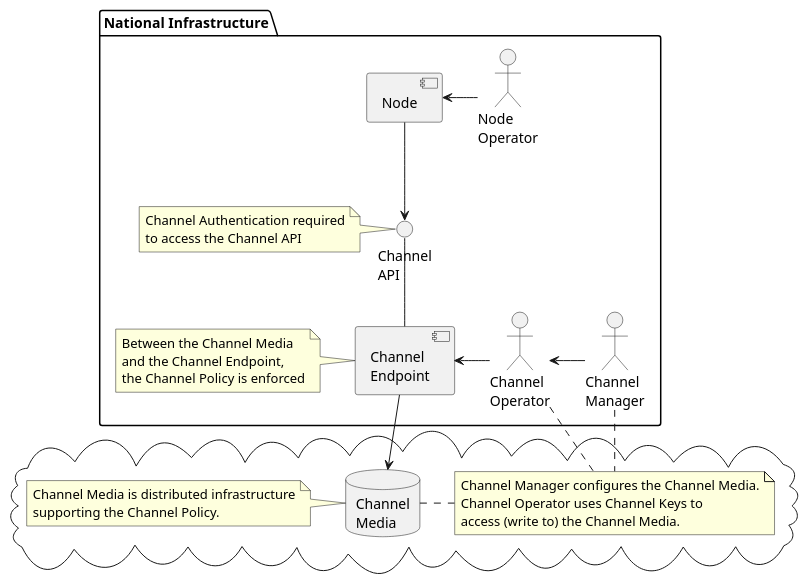
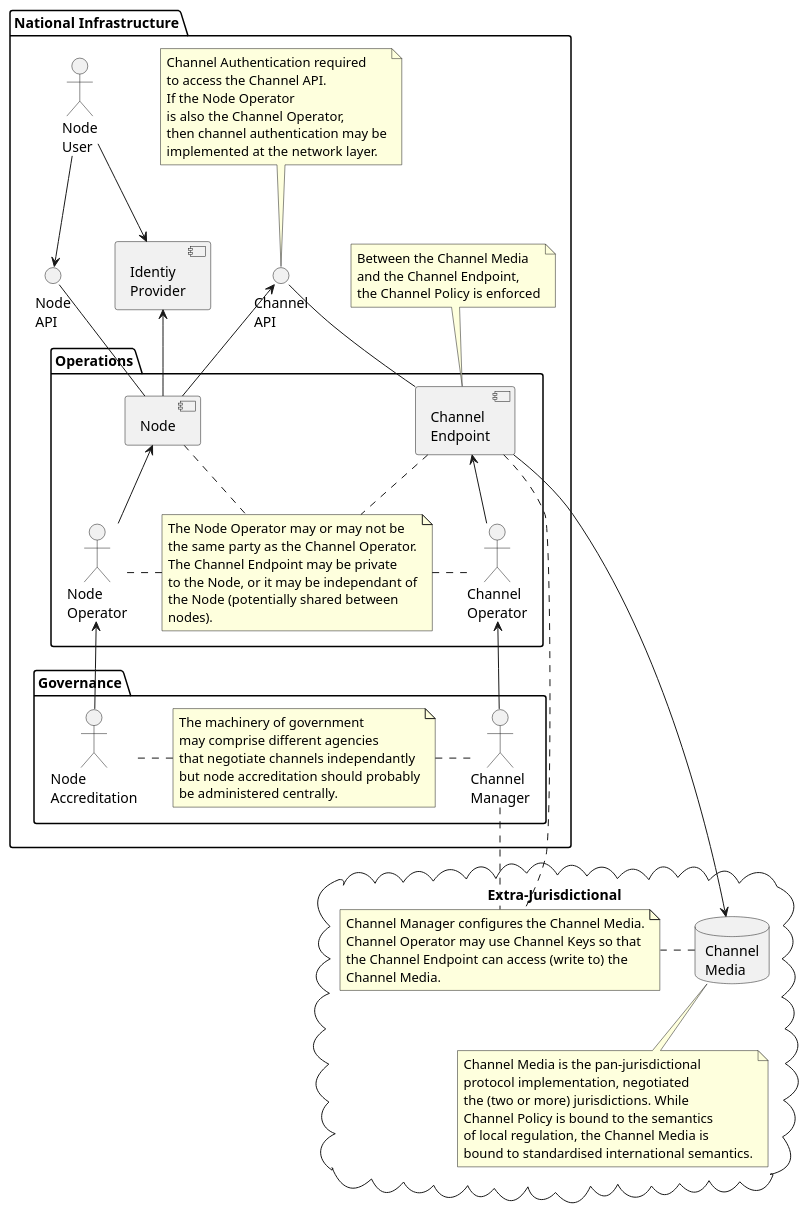
One commit to trustbridge/intergov changed the diagram in docs/terminology.rst. Above: the diagram before and after it, drawn with PlantUML.

Commit message:
elaborate terminology notes

```diff
--- a/docs/terminology.rst
+++ b/docs/terminology.rst
@@ -52,29 +52,56 @@
 .. uml::
 
    package "National Infrastructure" {
-      component node as "Node"
+
+      actor "Node\nUser" as node_user
       interface channel_api as "Channel\nAPI"
-      note left of channel_api : Channel Authentication required\nto access the Channel API
-      component channel_endpoint as "Channel\nEndpoint"
-      actor channel_operator as "Channel\nOperator"
-      actor node_operator as "Node\nOperator"
-      actor channel_manager as "Channel\nManager"
+      interface node_api as "Node\nAPI"
+      component "Identiy\nProvider" as idp
+      
+      note "Channel Authentication required\nto access the Channel API.\nIf the Node Operator\nis also the Channel Operator,\nthen channel authentication may be\nimplemented at the network layer." as note_chan_auth
+      note_chan_auth .down. channel_api
+      
+      package "Operations" {
+         component node as "Node"
+	 component channel_endpoint as "Channel\nEndpoint"
+	 actor channel_operator as "Channel\nOperator"
+         actor node_operator as "Node\nOperator"
+	 note "The Node Operator may or may not be\nthe same party as the Channel Operator.\nThe Channel Endpoint may be private\nto the Node, or it may be independant of\nthe Node (potentially shared between\nnodes)." as note_nod_chan_op
+	 note_nod_chan_op .right. channel_operator
+	 note_nod_chan_op .left. node_operator
+	 note_nod_chan_op .up. node
+	 note_nod_chan_op .up. channel_endpoint
+      }
+      package "Governance" {
+         actor node_accred as "Node\nAccreditation"
+         actor channel_manager as "Channel\nManager"
+	 note "The machinery of government\nmay comprise different agencies\nthat negotiate channels independantly\nbut node accreditation should probably\nbe administered centrally." as note_mog
+	 node_accred .right. note_mog
+	 note_mog .right. channel_manager
+	 
+      }
       note "Between the Channel Media\nand the Channel Endpoint,\nthe Channel Policy is enforced" as note_chan_policy
    }
-   cloud {
+   cloud "Extra-Jurisdictional" {
       database channel_media as "Channel\nMedia"
-      note "Channel Manager configures the Channel Media.\nChannel Operator uses Channel Keys to\naccess (write to) the Channel Media." as note_chan_keys
-      note "Channel Media is distributed infrastructure\nsupporting the Channel Policy." as note_chan_media
+      note "Channel Manager configures the Channel Media.\nChannel Operator may use Channel Keys so that\nthe Channel Endpoint can access (write to) the\nChannel Media." as note_chan_keys
+      note "Channel Media is the pan-jurisdictional\nprotocol implementation, negotiated\nthe (two or more) jurisdictions. While\nChannel Policy is bound to the semantics\nof local regulation, the Channel Media is\nbound to standardised international semantics." as note_chan_media
    }
 
-   node -down-> channel_api
+   node_accred -up-> node_operator
+   node -up-> channel_api
+   node_api -down- node
    channel_api -down- channel_endpoint
    channel_endpoint -down-> channel_media
-   channel_operator -left-> channel_endpoint
-   node_operator -left-> node
-   channel_manager -left-> channel_operator
+   channel_operator -up-> channel_endpoint
+   node_operator -up-> node
+   channel_manager -up-> channel_operator
    note_chan_keys .left. channel_media
-   channel_operator .down. note_chan_keys
+   channel_endpoint .down. note_chan_keys
    channel_manager .down. note_chan_keys
-   channel_endpoint .left. note_chan_policy
-   note_chan_media .right. channel_media
+   channel_endpoint .up. note_chan_policy
+   note_chan_media .up. channel_media
+
+   node -up-> idp
+   node_user -down-> idp
+   node_user -down-> node_api
```
